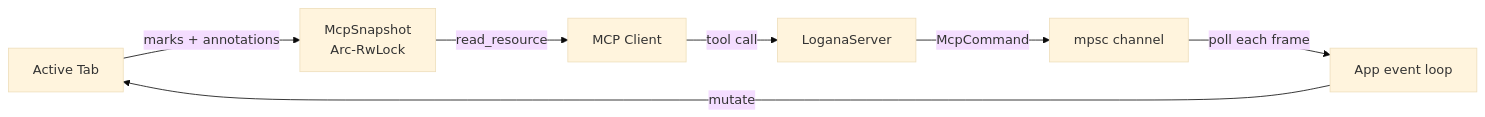
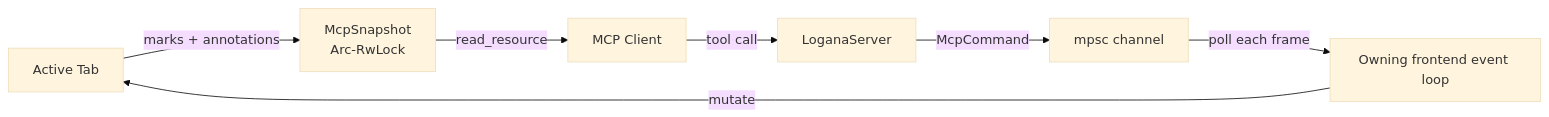
One commit to pauloremoli/logana changed the fifth of 10 diagrams in ARCHITECTURE.md. Above: the diagram before and after it, drawn with Mermaid (base theme). The commit also changed other lines of this file, not shown here.

Commit message:
[core][gui][tui] Document workspace and frontend architecture

````diff
--- a/ARCHITECTURE.md
+++ b/ARCHITECTURE.md
@@ -110,9 +156,9 @@
 ```mermaid
 graph LR
     Tab[Active Tab] -->|marks + annotations| Snapshot[McpSnapshot\nArc-RwLock]
     Snapshot -->|read_resource| Client[MCP Client]
     Client -->|tool call| Server[LoganaServer]
     Server -->|McpCommand| Ch[mpsc channel]
-    Ch -->|poll each frame| App[App event loop]
+    Ch -->|poll each frame| App[Owning frontend event loop]
     App -->|mutate| Tab
 ```
````
